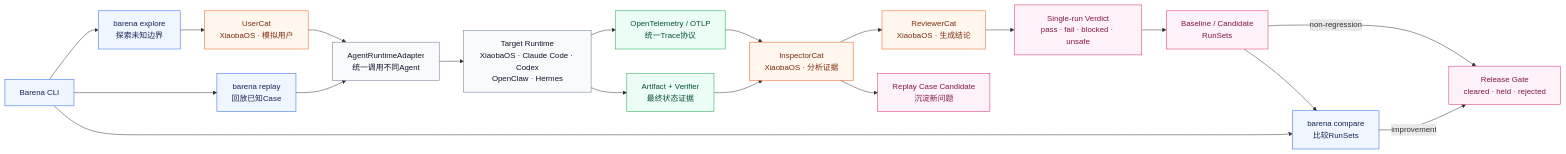
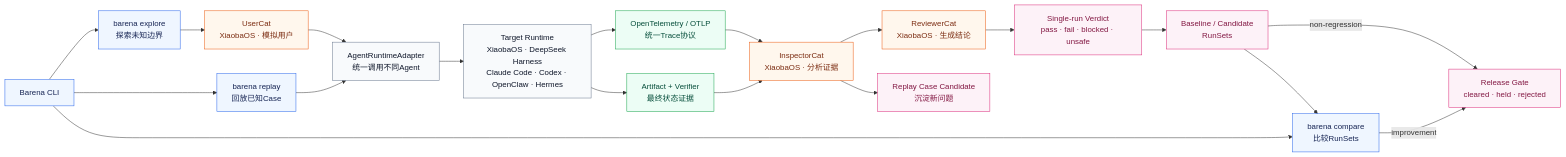
One commit to fightheyyy/barena changed the second of 2 diagrams in README.md. Above: the diagram before and after it, drawn with Mermaid. The commit also changed other lines of this file and 24 other files, not shown here.

Commit message:
Add DeepSeek Harness evaluation support

````diff
--- a/README.md
+++ b/README.md
@@ -148,50 +150,50 @@
 ```mermaid
 flowchart LR
     CLI["Barena CLI"]
     Explore["barena explore<br/>探索未知边界"]
     Replay["barena replay<br/>回放已知Case"]
     Compare["barena compare<br/>比较RunSets"]
 
     UserCat["UserCat<br/>XiaobaOS · 模拟用户"]
     Adapter["AgentRuntimeAdapter<br/>统一调用不同Agent"]
-    Runtime["Target Runtime<br/>XiaobaOS · Claude Code · Codex<br/>OpenClaw · Hermes"]
+    Runtime["Target Runtime<br/>XiaobaOS · DeepSeek Harness<br/>Claude Code · Codex · OpenClaw · Hermes"]
     OTel["OpenTelemetry / OTLP<br/>统一Trace协议"]
     Artifact["Artifact + Verifier<br/>最终状态证据"]
     InspectorCat["InspectorCat<br/>XiaobaOS · 分析证据"]
     ReviewerCat["ReviewerCat<br/>XiaobaOS · 生成结论"]
     RunSets["Baseline / Candidate<br/>RunSets"]
     NewCase["Replay Case Candidate<br/>沉淀新问题"]
     Verdict["Single-run Verdict<br/>pass · fail · blocked · unsafe"]
     Result["Release Gate<br/>cleared · held · rejected"]
 
     CLI --> Explore
     CLI --> Replay
     CLI --> Compare
 
     Explore --> UserCat
     UserCat --> Adapter
     Replay --> Adapter
     Adapter --> Runtime
     Runtime --> OTel
     Runtime --> Artifact
     OTel --> InspectorCat
     Artifact --> InspectorCat
     InspectorCat --> ReviewerCat
     InspectorCat --> NewCase
     ReviewerCat --> Verdict
     Verdict --> RunSets
     RunSets -->|"non-regression"| Result
     RunSets --> Compare
     Compare -->|"improvement"| Result
 
     classDef entry fill:#eff6ff,stroke:#2563eb,color:#172554;
     classDef runtime fill:#f8fafc,stroke:#64748b,color:#0f172a;
     classDef telemetry fill:#ecfdf5,stroke:#16a34a,color:#064e3b;
     classDef evaluator fill:#fff7ed,stroke:#ea580c,color:#7c2d12;
     classDef output fill:#fdf2f8,stroke:#db2777,color:#831843;
     class CLI,Explore,Replay,Compare entry;
     class Adapter,Runtime runtime;
     class OTel,Artifact telemetry;
     class UserCat,InspectorCat,ReviewerCat evaluator;
     class RunSets,NewCase,Verdict,Result output;
 ```
````
